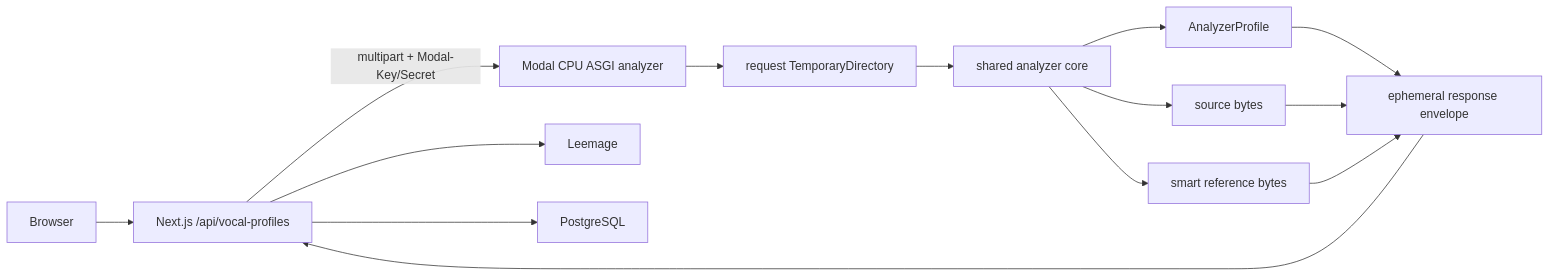
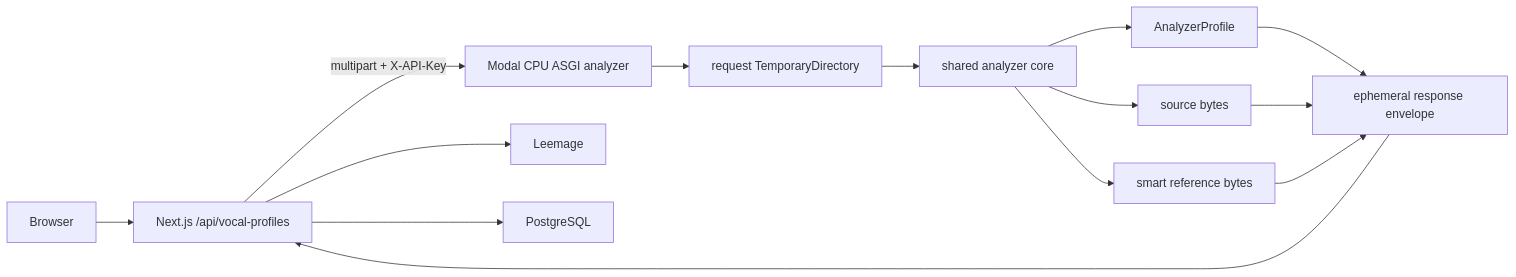
The diagram in docs/features/modal-api/F010-modal-vocal-profile-analysis/plan.md (leey00nsu/copy-singer), drawn with Mermaid before and after one commit. The commit also changed other lines of this file and 2 other files, not shown here.

````diff
--- a/docs/features/modal-api/F010-modal-vocal-profile-analysis/plan.md
+++ b/docs/features/modal-api/F010-modal-vocal-profile-analysis/plan.md
@@ -70,16 +70,16 @@
 ```mermaid
 flowchart LR
   B[Browser] --> N[Next.js /api/vocal-profiles]
-  N -->|multipart + Modal-Key/Secret| M[Modal CPU ASGI analyzer]
+  N -->|multipart + X-API-Key| M[Modal CPU ASGI analyzer]
   M --> T[request TemporaryDirectory]
   T --> C[shared analyzer core]
   C --> P[AnalyzerProfile]
   C --> S[source bytes]
   C --> R[smart reference bytes]
   P --> E[ephemeral response envelope]
   S --> E
   R --> E
   E --> N
   N --> L[Leemage]
   N --> D[PostgreSQL]
 ```
````
